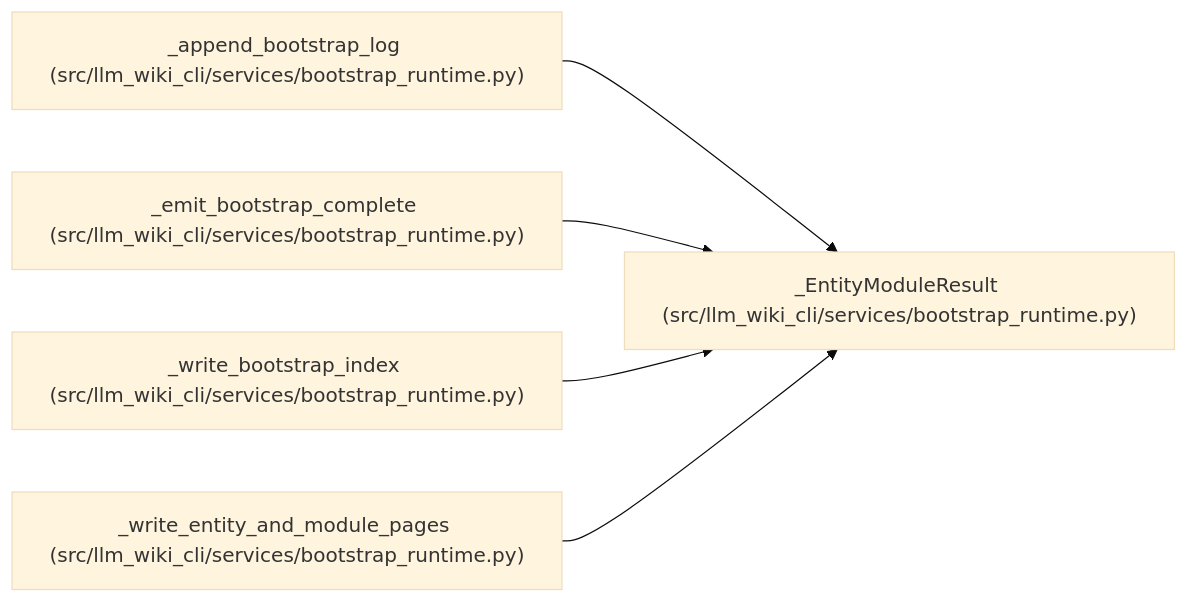
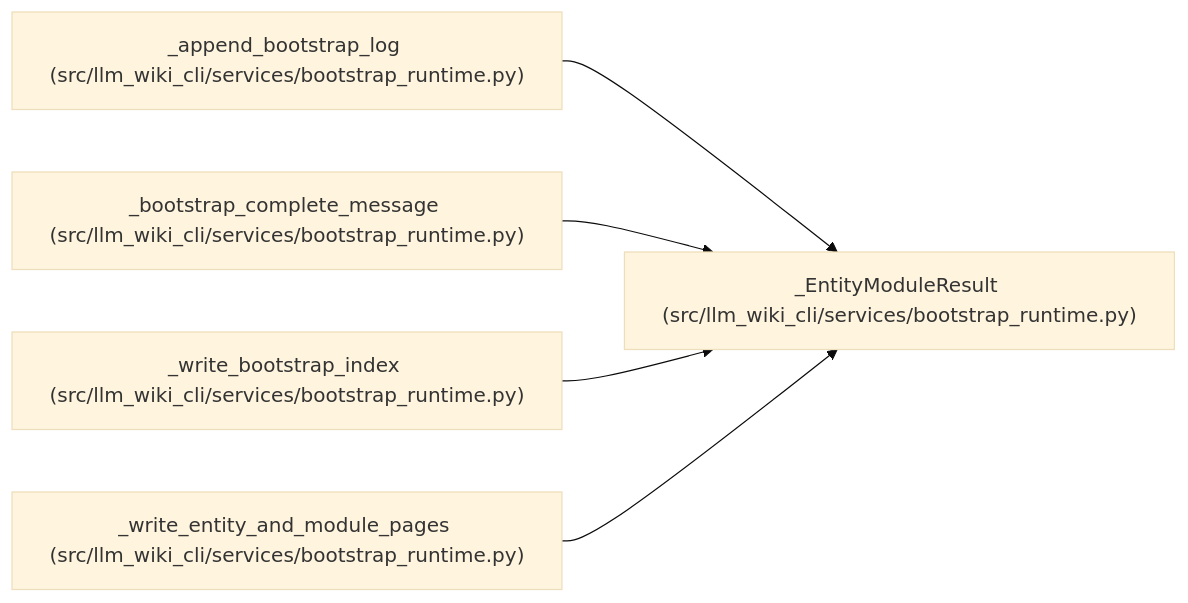
The diagram in docs/llm_wiki/entities/EntityModuleResult.md (Denissvgn/python-wiki-llm), drawn with Mermaid (base theme) before and after one commit. The commit also changed other lines of this file and 303 other files, not shown here.

Commit message:
docs: refresh wiki for bootstrap recovery and helper validation

````diff
--- a/docs/llm_wiki/entities/EntityModuleResult.md
+++ b/docs/llm_wiki/entities/EntityModuleResult.md
@@ -30,17 +30,17 @@
 ```mermaid
 flowchart LR
     n0["_EntityModuleResult (src/llm_wiki_cli/services/bootstrap_runtime.py)"]
     n1["_append_bootstrap_log (src/llm_wiki_cli/services/bootstrap_runtime.py)"]
-    n2["_emit_bootstrap_complete (src/llm_wiki_cli/services/bootstrap_runtime.py)"]
+    n2["_bootstrap_complete_message (src/llm_wiki_cli/services/bootstrap_runtime.py)"]
     n3["_write_bootstrap_index (src/llm_wiki_cli/services/bootstrap_runtime.py)"]
     n4["_write_entity_and_module_pages (src/llm_wiki_cli/services/bootstrap_runtime.py)"]
     n1 --> n0
     n2 --> n0
     n3 --> n0
     n4 --> n0
     click n0 "../modules/bootstrap_runtime.md"
     click n1 "../modules/bootstrap_runtime.md"
     click n2 "../modules/bootstrap_runtime.md"
     click n3 "../modules/bootstrap_runtime.md"
     click n4 "../modules/bootstrap_runtime.md"
 ```
````
